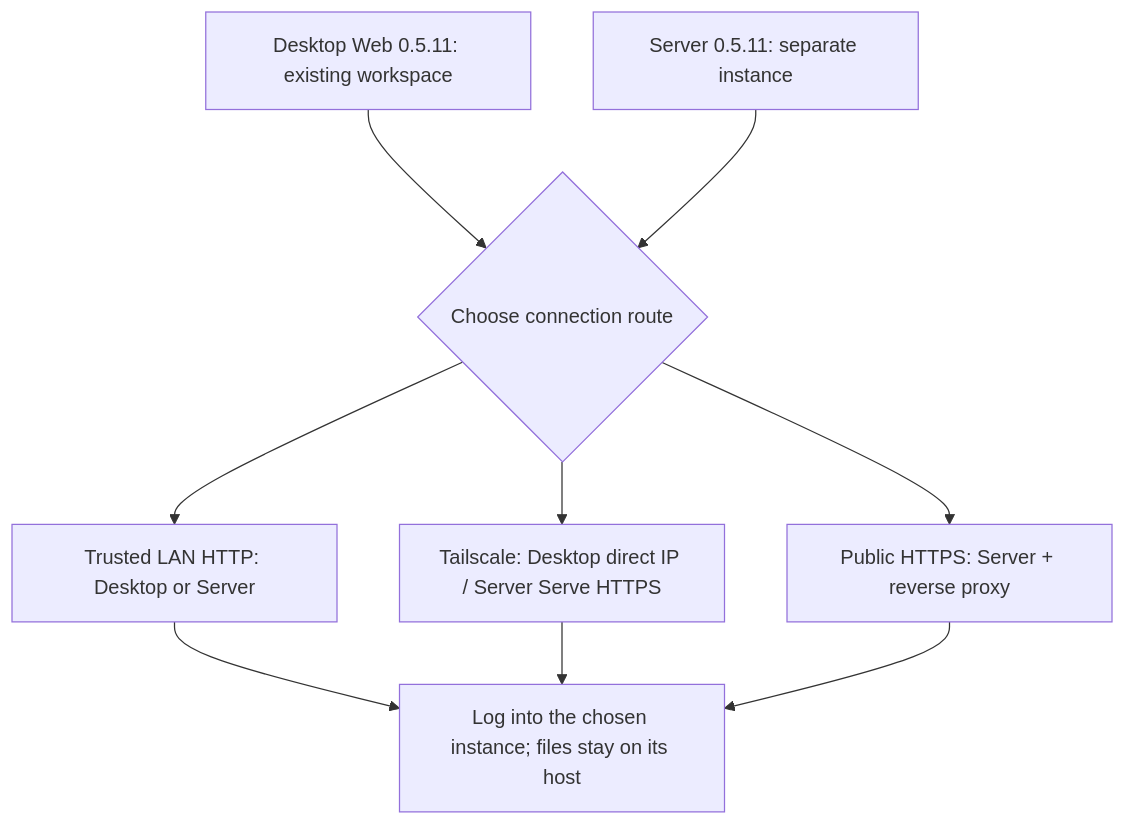
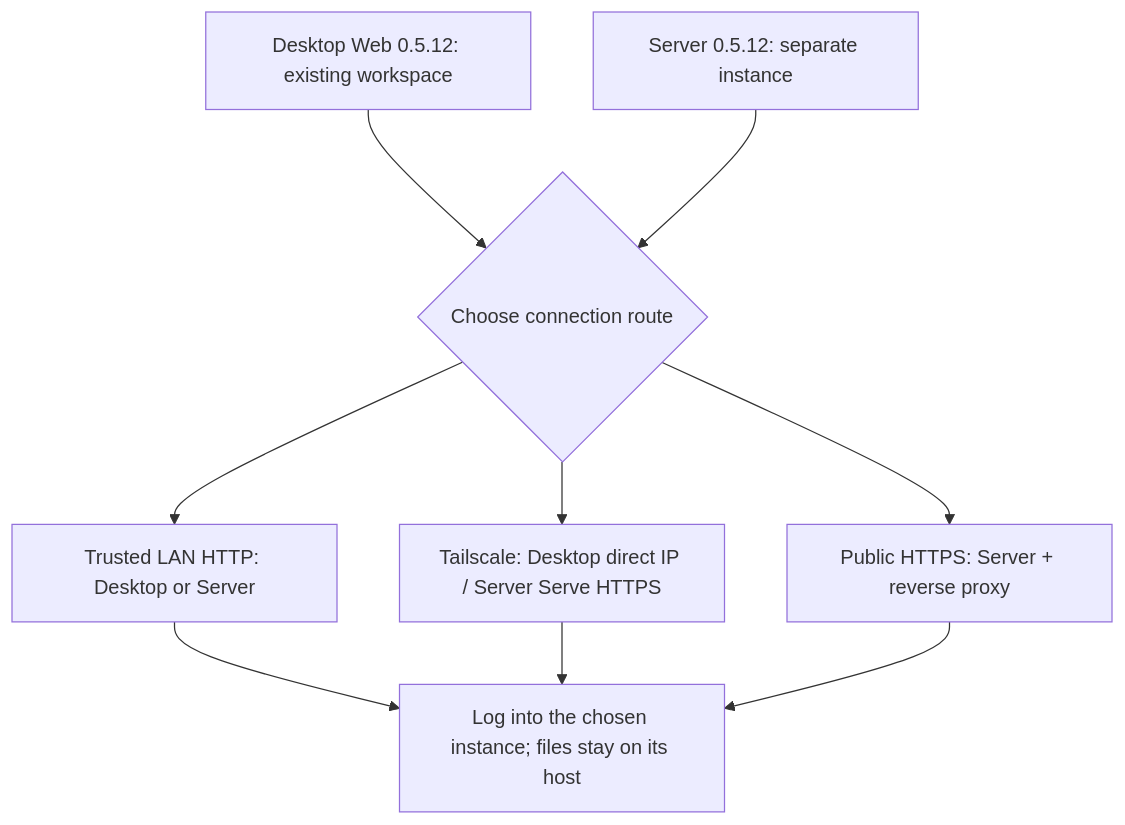
The diagram in website/site/public/assets/diagrams/deployment-choice-en.mmd (murray17/rovai-ai), drawn with Mermaid before and after one commit. The commit also changed 10 other files, not shown here.

```diff
--- a/website/site/public/assets/diagrams/deployment-choice-en.mmd
+++ b/website/site/public/assets/diagrams/deployment-choice-en.mmd
@@ -1,12 +1,12 @@
 flowchart TB
-  desktop["Desktop Web 0.5.11: existing workspace"]
-  server["Server 0.5.11: separate instance"]
+  desktop["Desktop Web 0.5.12: existing workspace"]
+  server["Server 0.5.12: separate instance"]
   choice{"Choose connection route"}
   desktop --> choice
   server --> choice
   choice --> lan["Trusted LAN HTTP: Desktop or Server"]
   choice --> ts["Tailscale: Desktop direct IP / Server Serve HTTPS"]
   choice --> public["Public HTTPS: Server + reverse proxy"]
   lan --> login["Log into the chosen instance; files stay on its host"]
   ts --> login
   public --> login
```
